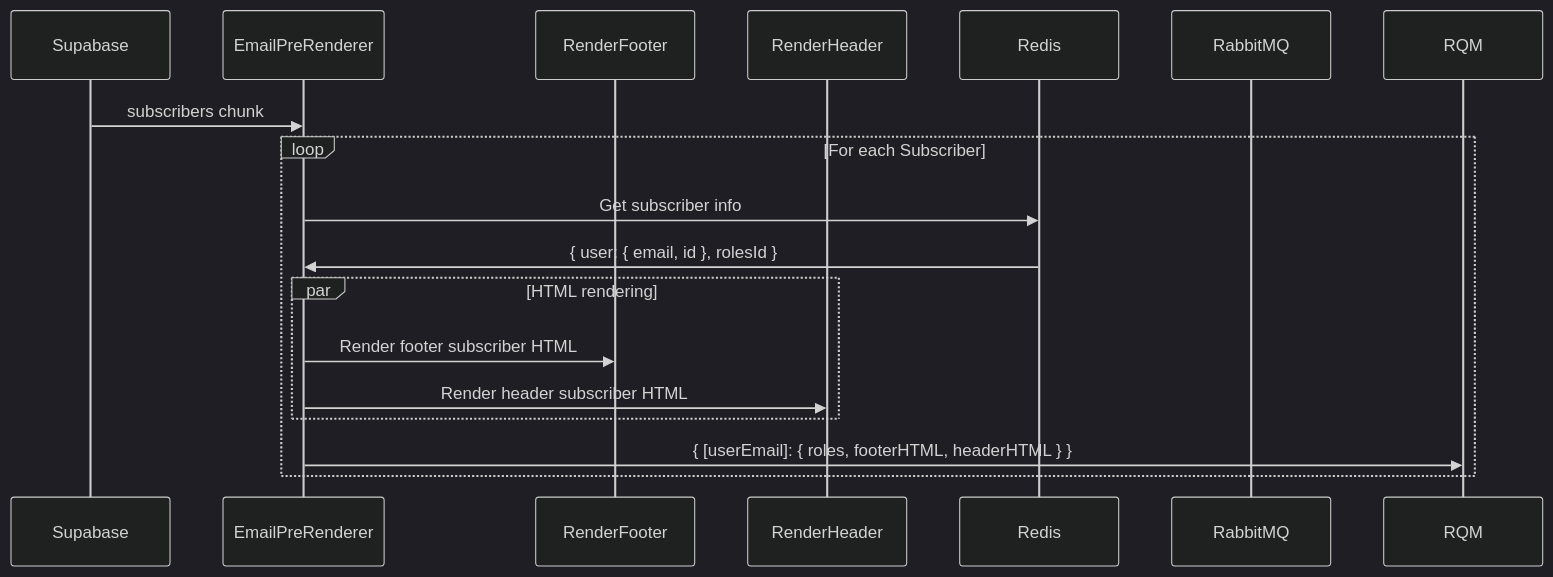
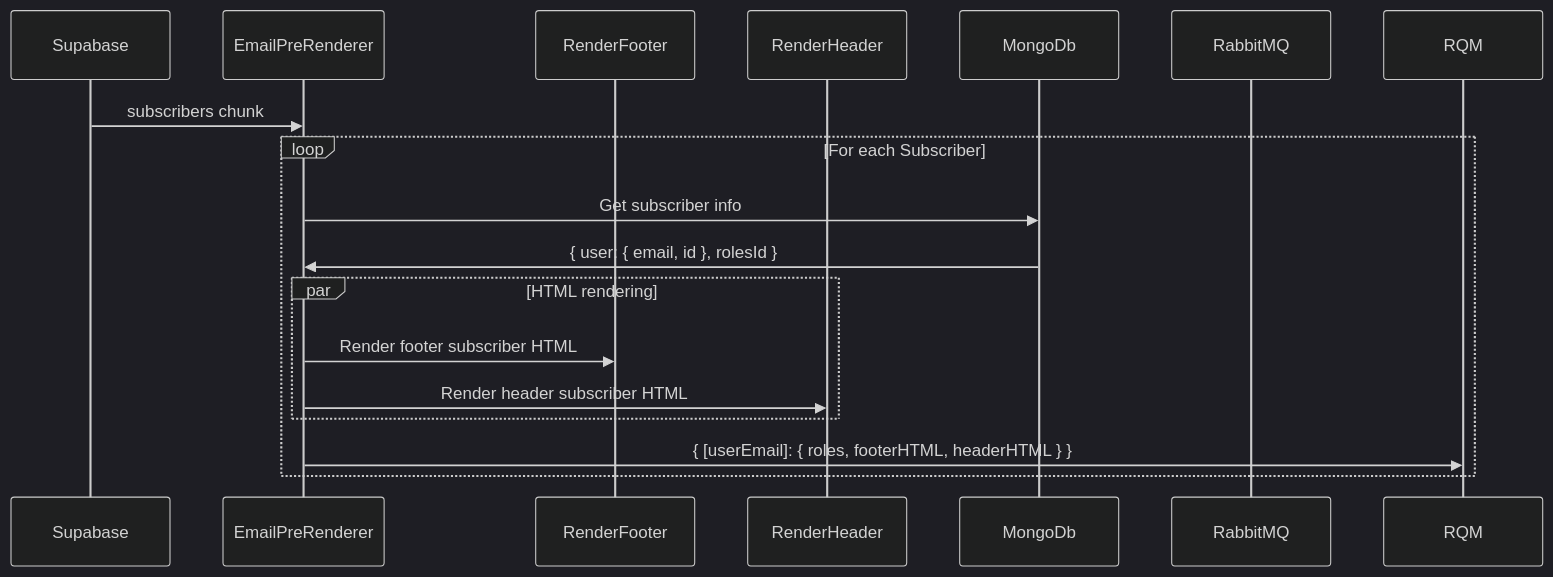
The diagram in apps/auto-email-sender/email-pre-renderer/README.md (ocodista/trampar-de-casa), drawn with Mermaid (dark theme) before and after one commit. The commit also changed other lines of this file and 1 other file, not shown here.

Commit message:
docs: change redis reference to mongo

````diff
--- a/apps/auto-email-sender/email-pre-renderer/README.md
+++ b/apps/auto-email-sender/email-pre-renderer/README.md
@@ -50,21 +50,21 @@
 ```mermaid
 sequenceDiagram
   participant S as Supabase
   participant E as EmailPreRenderer
   participant RF as RenderFooter
   participant RH as RenderHeader
-  participant R as Redis
+  participant R as MongoDb
   Participant RMQ as RabbitMQ
 
   S ->> E: subscribers chunk
   loop For each Subscriber
     E ->> R: Get subscriber info
     R ->> E: { user: { email, id }, rolesId }
     par HTML rendering
       E ->> RF: Render footer subscriber HTML
       E ->> RH: Render header subscriber HTML
     end
     E ->> RQM: { [userEmail]: { roles, footerHTML, headerHTML } }
   end
 
 ```
````
